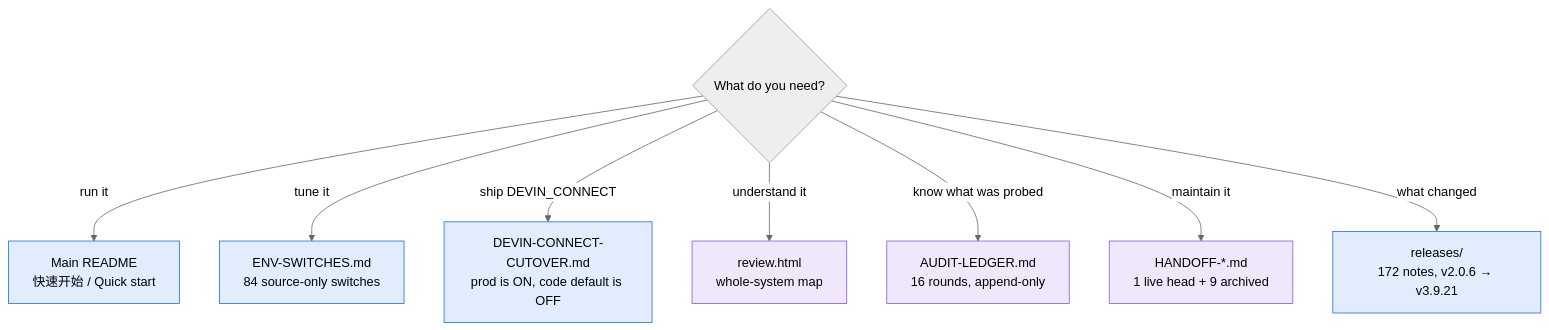
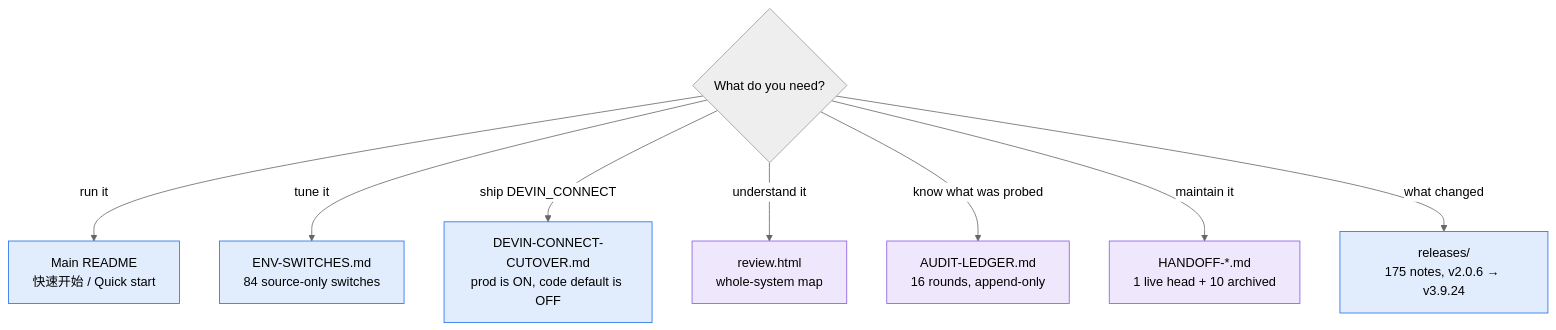
The diagram in docs/README.md (CORCTON/WindsurfAPI), drawn with Mermaid (neutral theme) before and after one commit. The commit also changed other lines of this file and 13 other files, not shown here.

First line of the commit message:
docs: retarget live handoff to v3.9.24 takeover

````diff
--- a/docs/README.md
+++ b/docs/README.md
@@ -15,16 +15,16 @@
 ```mermaid
 flowchart TD
     Q{"What do you need?"}
     Q -->|"run it"| RUN["Main README<br/>快速开始 / Quick start"]
     Q -->|"tune it"| OPS["ENV-SWITCHES.md<br/>84 source-only switches"]
     Q -->|"ship DEVIN_CONNECT"| CUT["DEVIN-CONNECT-CUTOVER.md<br/>prod is ON, code default is OFF"]
     Q -->|"understand it"| ARCH["review.html<br/>whole-system map"]
     Q -->|"know what was probed"| LED["AUDIT-LEDGER.md<br/>16 rounds, append-only"]
-    Q -->|"maintain it"| HO["HANDOFF-*.md<br/>1 live head + 9 archived"]
-    Q -->|"what changed"| REL["releases/<br/>172 notes, v2.0.6 → v3.9.21"]
+    Q -->|"maintain it"| HO["HANDOFF-*.md<br/>1 live head + 10 archived"]
+    Q -->|"what changed"| REL["releases/<br/>175 notes, v2.0.6 → v3.9.24"]
 
     classDef user fill:#1f6feb22,stroke:#1f6feb
     classDef maint fill:#8957e522,stroke:#8957e5
     class RUN,OPS,CUT,REL user
     class ARCH,LED,HO maint
 ```
````
